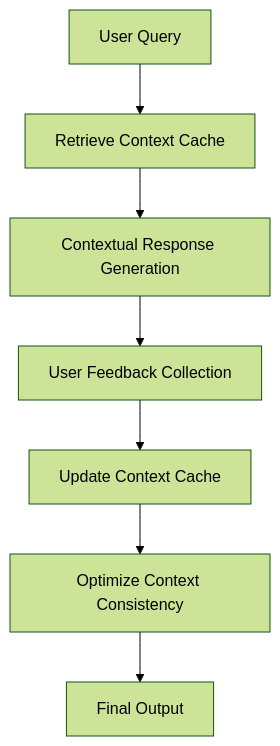
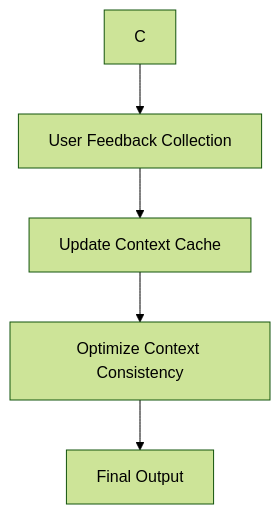
Diagram 23 of 29 in Readme.md (Dinuk-Di/RAG-Architectures), drawn with Mermaid (forest theme) before and after one commit. The commit also changed other lines of this file, not shown here.

````diff
--- a/Readme.md
+++ b/Readme.md
@@ -421,9 +427,7 @@
 ```mermaid
 flowchart TD
-    A[User Query] --> B[Retrieve Context Cache]
-    B --> C[Contextual Response Generation]
     C --> D[User Feedback Collection]
     D --> E[Update Context Cache]
     E --> F[Optimize Context Consistency]
     F --> G[Final Output]
 ```
````
